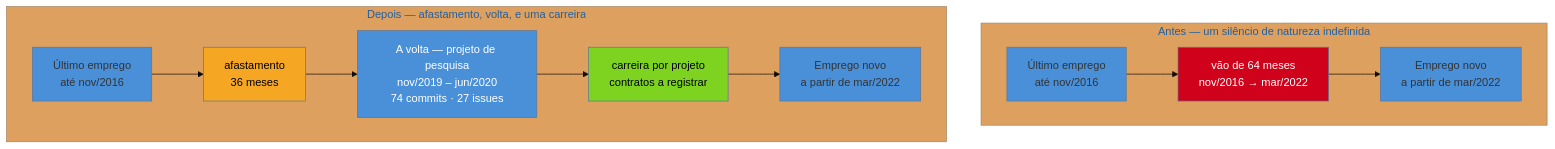
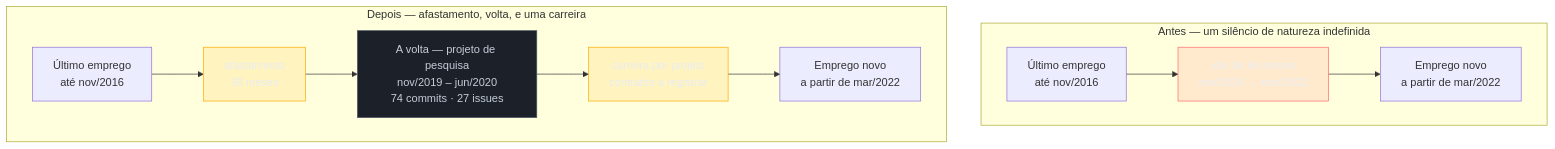
Before and after one commit to josenaldo/codex-technomanticus: the diagram in 03-Dominios/Carreira/Currículo/16a - Lacuna longa e reentrada.md, drawn with Mermaid. The commit also changed 1181 other files, not shown here.

First line of the commit message:
fix(diagramas): paleta do sistema no lugar de cor cravada no markdown

````diff
--- a/03-Dominios/Carreira/Currículo/16a - Lacuna longa e reentrada.md
+++ b/03-Dominios/Carreira/Currículo/16a - Lacuna longa e reentrada.md
@@ -84,20 +84,22 @@
 ```mermaid
-%%{init: {"theme": "base", "themeVariables": {"primaryColor": "#4A90D9"}}}%%
 graph TD
+    classDef falha fill:#FF6B6B24,stroke:#FF6B6B,color:#E9ECF2
+    classDef destaque fill:#FFAA0024,stroke:#FFAA00,color:#E9ECF2
+    classDef neutro fill:#1B2029,stroke:#4E5666,color:#C6CCD8
     subgraph ANTES["Antes — um silêncio de natureza indefinida"]
         A1["Último emprego<br/>até nov/2016"] --> A2["vão de 64 meses<br/>nov/2016 → mar/2022"]
         A2 --> A3["Emprego novo<br/>a partir de mar/2022"]
     end
 
     subgraph DEPOIS["Depois — afastamento, volta, e uma carreira"]
         B1["Último emprego<br/>até nov/2016"] --> B2["afastamento<br/>36 meses"]
         B2 --> B3["A volta — projeto de pesquisa<br/>nov/2019 – jun/2020<br/>74 commits · 27 issues"]
         B3 --> B4["carreira por projeto<br/>contratos a registrar"]
         B4 --> B5["Emprego novo<br/>a partir de mar/2022"]
     end
 
-    style A2 fill:#D0021B,color:#fff
-    style B2 fill:#F5A623,color:#000
-    style B4 fill:#7ED321,color:#000
-    style B3 fill:#4A90D9,color:#fff
+    class A2 falha
+    class B2 destaque
+    class B4 destaque
+    class B3 neutro
 ```
````
